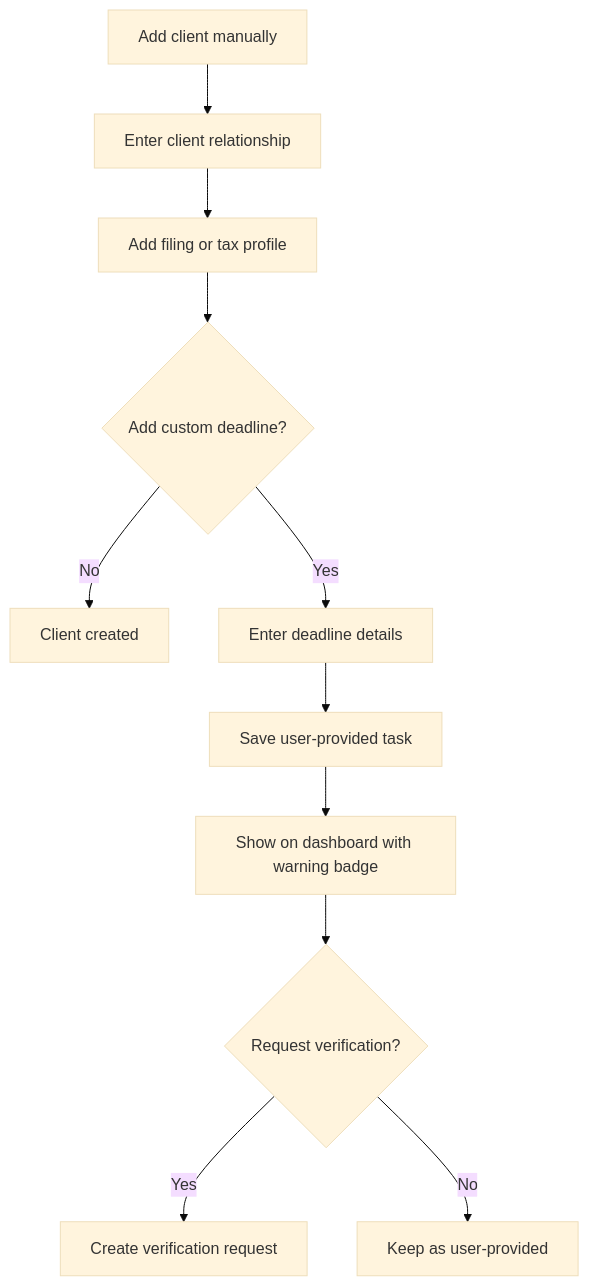
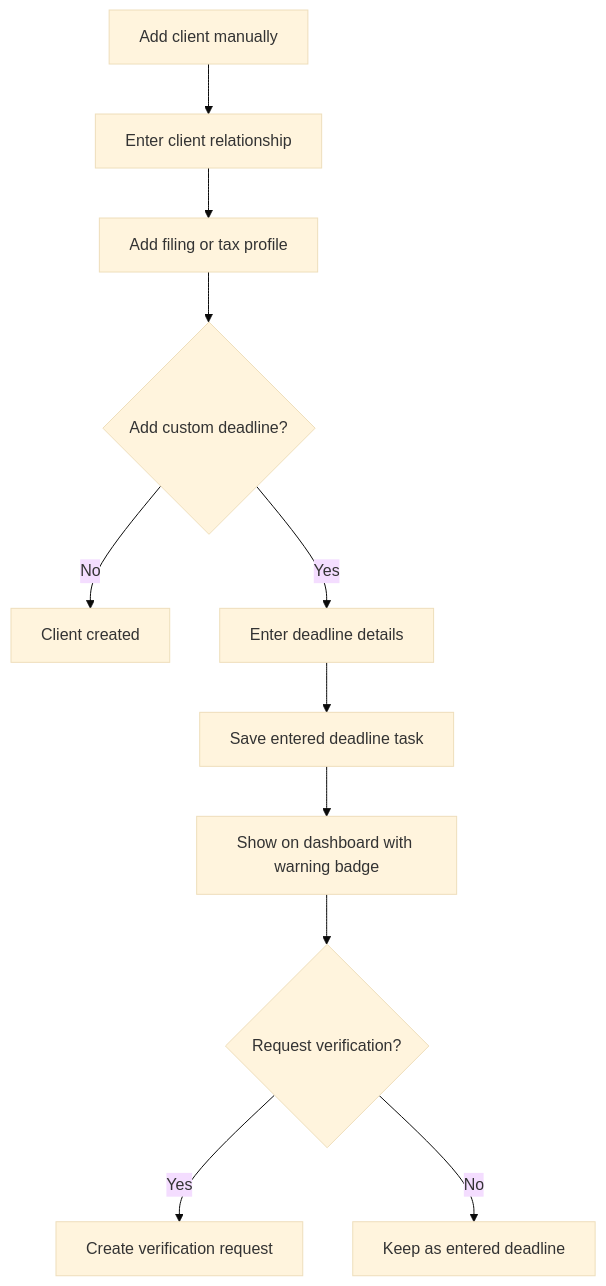
One commit to Yessenia-d/DueDateHQ changed the diagram in specs/manual-client-and-deadline-entry.md. Above: the diagram before and after it, drawn with Mermaid (base theme). The commit also changed other lines of this file and 61 other files, not shown here.

Commit message:
feat: add entered deadline demo seed

````diff
--- a/specs/manual-client-and-deadline-entry.md
+++ b/specs/manual-client-and-deadline-entry.md
@@ -19,13 +19,13 @@
 ```mermaid
 flowchart TD
   A[Add client manually] --> B[Enter client relationship]
   B --> C[Add filing or tax profile]
   C --> D{Add custom deadline?}
   D -- No --> E[Client created]
   D -- Yes --> F[Enter deadline details]
-  F --> G[Save user-provided task]
+  F --> G[Save entered deadline task]
   G --> H[Show on dashboard with warning badge]
   H --> I{Request verification?}
   I -- Yes --> J[Create verification request]
-  I -- No --> K[Keep as user-provided]
+  I -- No --> K[Keep as entered deadline]
 ```
````
